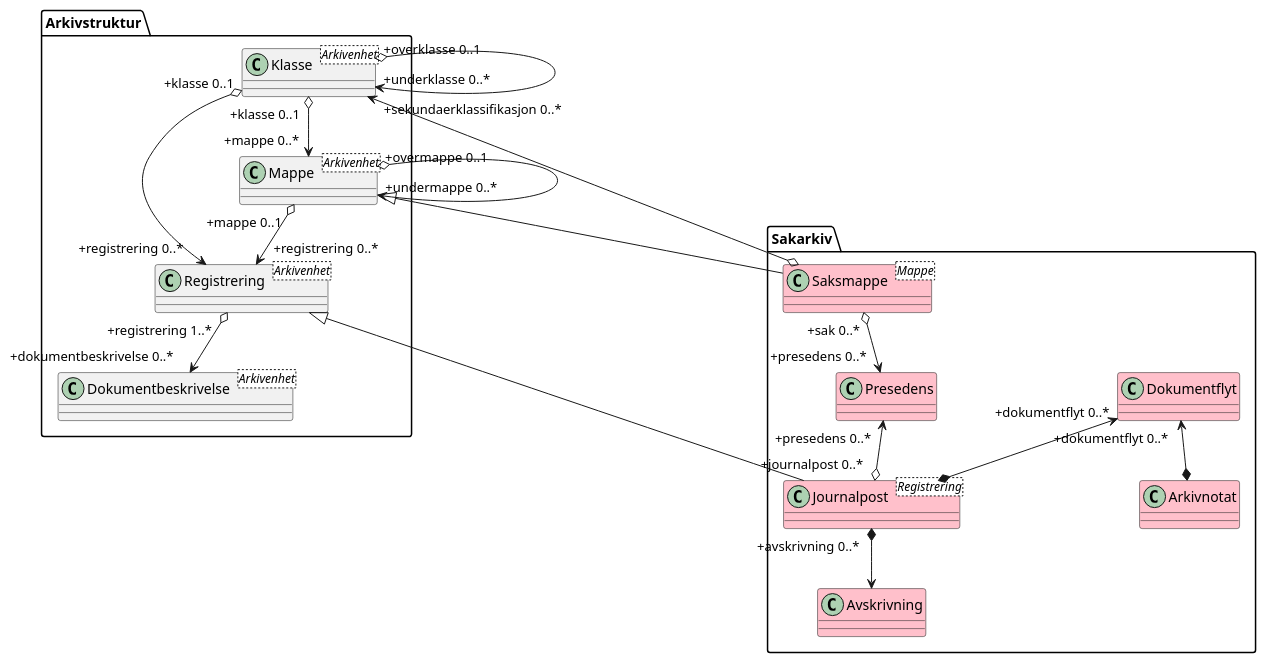
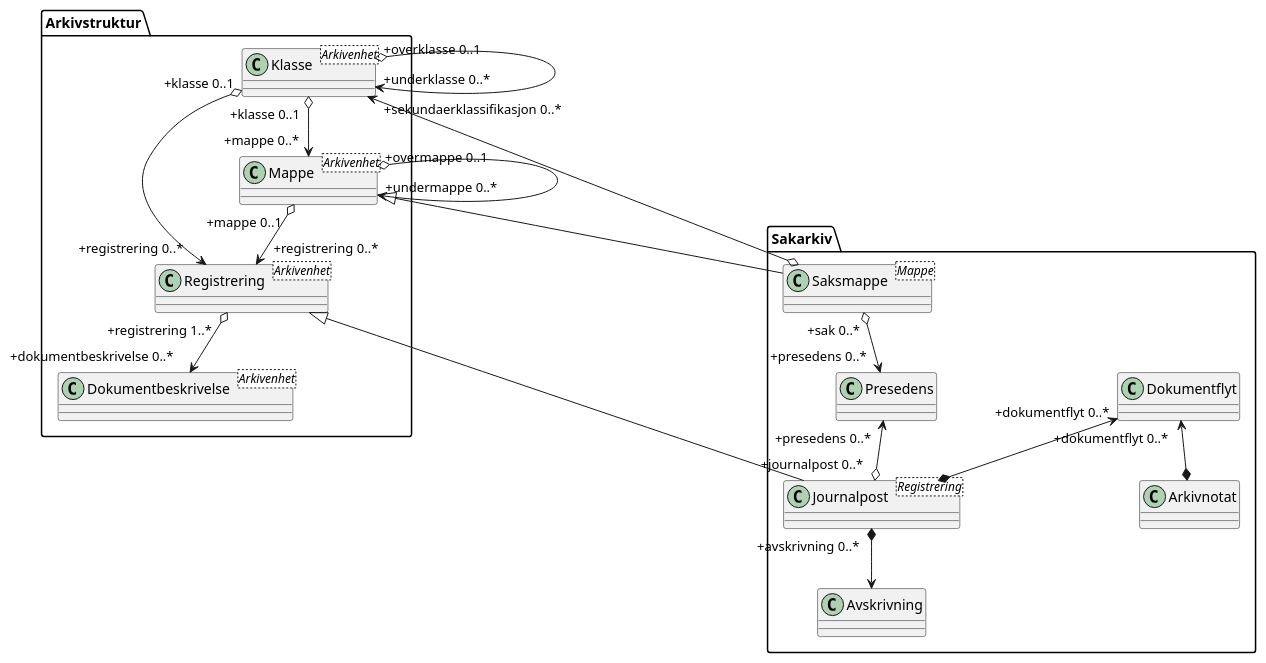
Before and after one commit to arkivverket/noark5-tjenestegrensesnitt-standard: the diagram in kapitler/media/uml-sakarkiv-entiteter-forenklet.puml, drawn with PlantUML. The commit also changed 1 other file, not shown here.

Commit message:
Bruk samme farge i alle UML-diagrammer.

```diff
--- a/kapitler/media/uml-sakarkiv-entiteter-forenklet.puml
+++ b/kapitler/media/uml-sakarkiv-entiteter-forenklet.puml
@@ -1,30 +1,30 @@
 @startuml
 skinparam classAttributeIconSize 0
 skinparam nodesep 180
 
 class Arkivstruktur.Klasse <Arkivenhet>
 class Arkivstruktur.Mappe <Arkivenhet>
 class Arkivstruktur.Registrering <Arkivenhet>
 class Arkivstruktur.Dokumentbeskrivelse <Arkivenhet>
-class Sakarkiv.Saksmappe <Mappe> #pink
-class Sakarkiv.Presedens #pink
-class Sakarkiv.Journalpost <Registrering> #pink
-class Sakarkiv.Avskrivning #pink
-class Sakarkiv.Arkivnotat #pink
-class Sakarkiv.Dokumentflyt #pink
+class Sakarkiv.Saksmappe <Mappe>
+class Sakarkiv.Presedens
+class Sakarkiv.Journalpost <Registrering>
+class Sakarkiv.Avskrivning
+class Sakarkiv.Arkivnotat
+class Sakarkiv.Dokumentflyt
 
 Arkivstruktur.Klasse "+overklasse 0..1" o--> "+underklasse 0..*" Arkivstruktur.Klasse
 Arkivstruktur.Klasse "+klasse 0..1" o--> "+mappe 0..*" Arkivstruktur.Mappe
 Arkivstruktur.Mappe "+overmappe 0..1" o--> "+undermappe 0..*" Arkivstruktur.Mappe
 Arkivstruktur.Mappe <|-- Sakarkiv.Saksmappe
 Arkivstruktur.Klasse "+sekundaerklassifikasjon 0..*"  <--o Sakarkiv.Saksmappe
 Sakarkiv.Saksmappe "+sak 0..*" o--> "+presedens 0..*" Sakarkiv.Presedens
 Arkivstruktur.Mappe "+mappe 0..1" o--> "+registrering 0..*" Arkivstruktur.Registrering
 Arkivstruktur.Klasse "+klasse 0..1" o--> "+registrering 0..*" Arkivstruktur.Registrering
 Arkivstruktur.Registrering <|-- Sakarkiv.Journalpost
 Sakarkiv.Presedens "+presedens 0..*" <--o "+journalpost 0..*" Sakarkiv.Journalpost
 Sakarkiv.Journalpost "+avskrivning 0..*" *--> Sakarkiv.Avskrivning
 Sakarkiv.Dokumentflyt "+dokumentflyt 0..*" <--* Sakarkiv.Journalpost
 Sakarkiv.Dokumentflyt "+dokumentflyt 0..*" <--* Sakarkiv.Arkivnotat
 Arkivstruktur.Registrering "+registrering 1..*" o--> "+dokumentbeskrivelse 0..*" Arkivstruktur.Dokumentbeskrivelse
 @enduml
```
